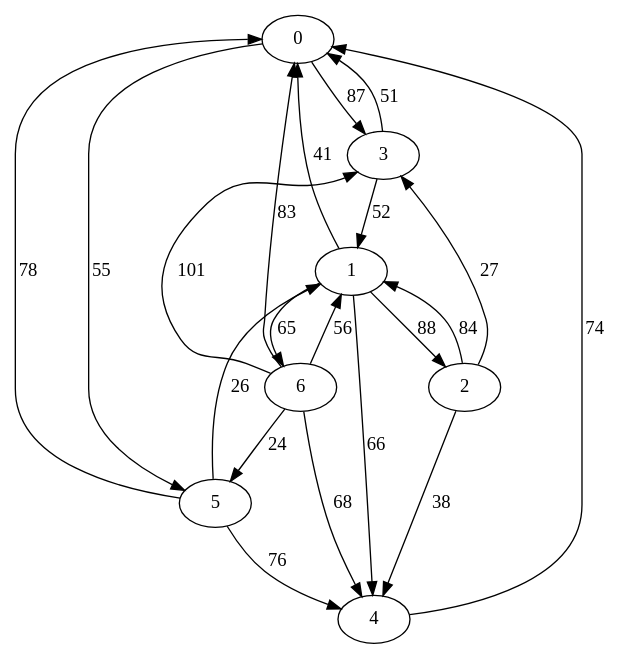
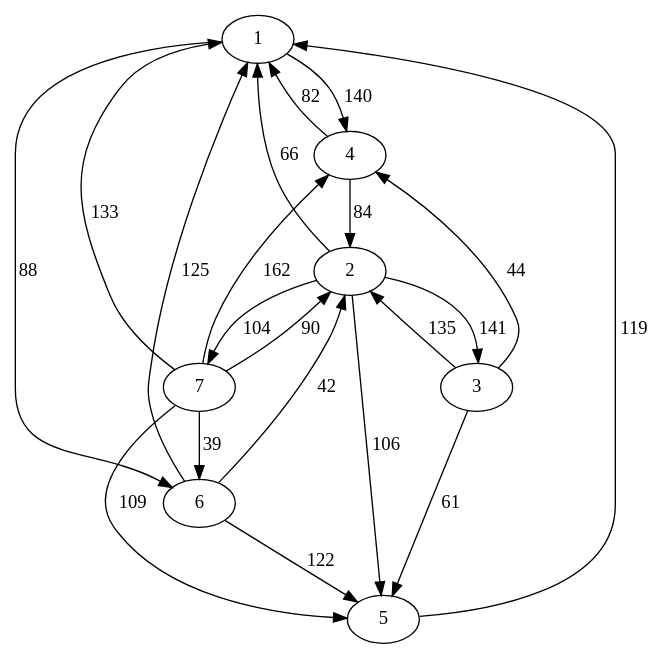
The diagram in digraph.dot (cdu99/astar-project), drawn with Graphviz before and after one commit. The commit also changed 7 other files, not shown here.

```diff
--- a/digraph.dot
+++ b/digraph.dot
@@ -1,29 +1,29 @@
 digraph G {
-	0;
-	0 -> 3[ label="87" ] ;
-	0 -> 5[ label="55" ] ;
 	1;
-	1 -> 0[ label="41" ] ;
-	1 -> 2[ label="88" ] ;
-	1 -> 4[ label="66" ] ;
-	1 -> 6[ label="65" ] ;
+	1 -> 4[ label="140" ] ;
+	1 -> 6[ label="88" ] ;
 	2;
-	2 -> 1[ label="84" ] ;
-	2 -> 3[ label="27" ] ;
-	2 -> 4[ label="38" ] ;
+	2 -> 1[ label="66" ] ;
+	2 -> 3[ label="141" ] ;
+	2 -> 7[ label="104" ] ;
+	2 -> 5[ label="106" ] ;
 	3;
-	3 -> 0[ label="51" ] ;
-	3 -> 1[ label="52" ] ;
+	3 -> 5[ label="61" ] ;
+	3 -> 4[ label="44" ] ;
+	3 -> 2[ label="135" ] ;
 	4;
-	4 -> 0[ label="74" ] ;
+	4 -> 2[ label="84" ] ;
+	4 -> 1[ label="82" ] ;
 	5;
-	5 -> 0[ label="78" ] ;
-	5 -> 1[ label="26" ] ;
-	5 -> 4[ label="76" ] ;
+	5 -> 1[ label="119" ] ;
 	6;
-	6 -> 0[ label="83" ] ;
-	6 -> 1[ label="56" ] ;
-	6 -> 3[ label="101" ] ;
-	6 -> 4[ label="68" ] ;
-	6 -> 5[ label="24" ] ;
+	6 -> 1[ label="125" ] ;
+	6 -> 5[ label="122" ] ;
+	6 -> 2[ label="42" ] ;
+	7;
+	7 -> 5[ label="109" ] ;
+	7 -> 6[ label="39" ] ;
+	7 -> 2[ label="90" ] ;
+	7 -> 4[ label="162" ] ;
+	7 -> 1[ label="133" ] ;
 }
```
